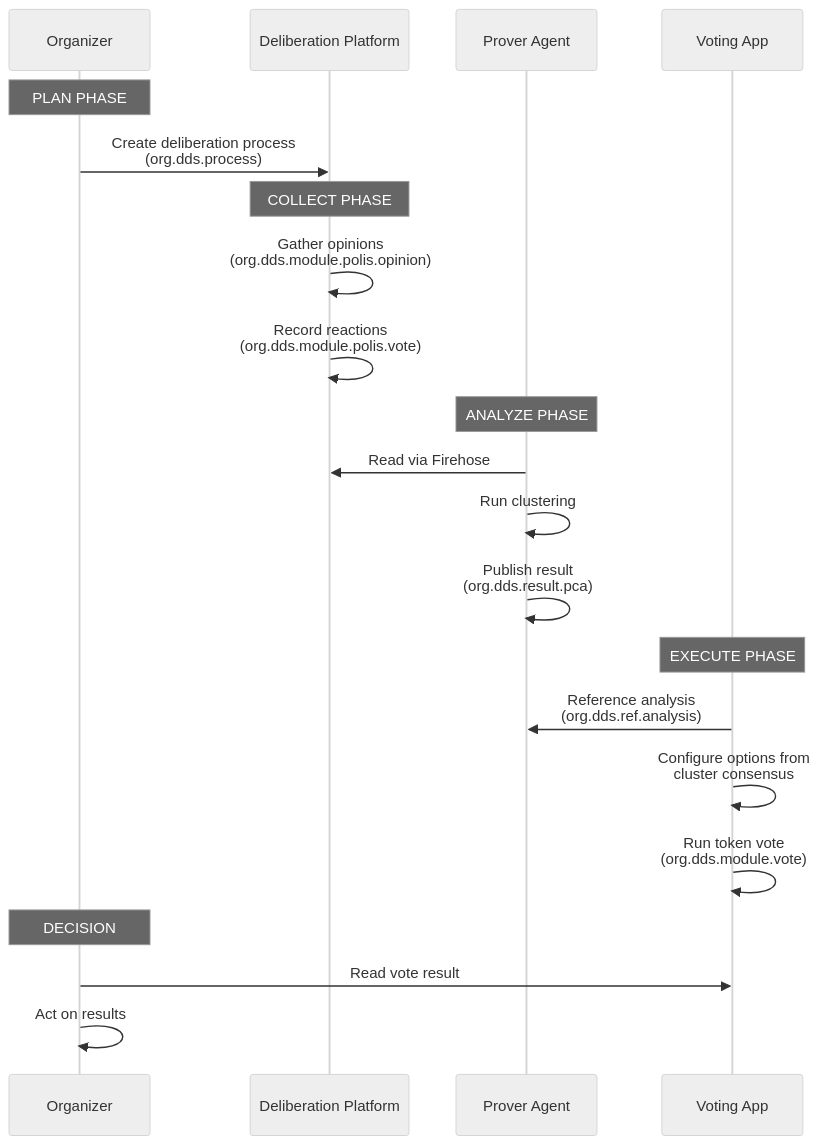
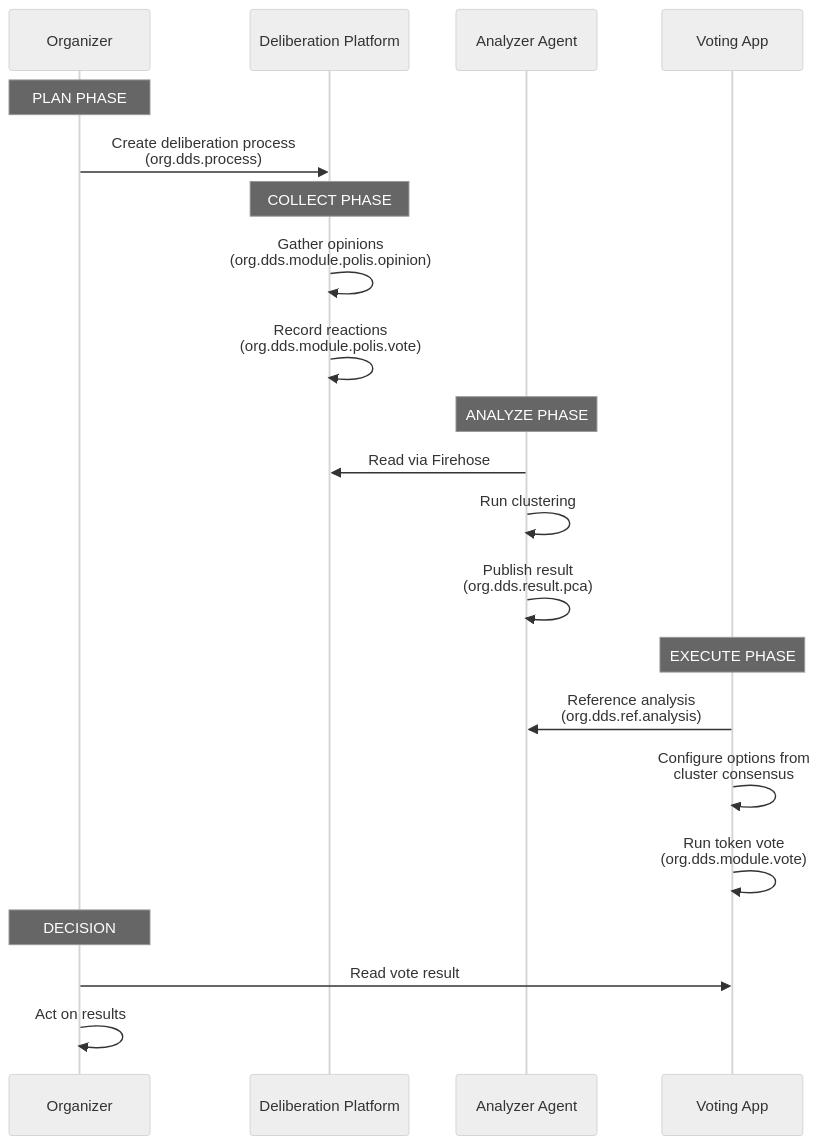
The second of 2 diagrams in doc/decentralized-protocol/0013-agora-atproto-walkaway.md (zkorum/agora), drawn with Mermaid (neutral theme) before and after one commit. The commit also changed other lines of this file and 1 other file, not shown here.

First line of the commit message:
docs(protocol): add result commitment, public social graph, and rename Prover to Analyzer

````diff
--- a/doc/decentralized-protocol/0013-agora-atproto-walkaway.md
+++ b/doc/decentralized-protocol/0013-agora-atproto-walkaway.md
@@ -197,28 +226,28 @@
 ```mermaid
 sequenceDiagram
     participant Org as Organizer
     participant Delib as Deliberation Platform
-    participant Prover as Prover Agent
+    participant Analyzer as Analyzer Agent
     participant Vote as Voting App
 
     Note over Org: PLAN PHASE
     Org->>Delib: Create deliberation process<br/>(org.dds.process)
 
     Note over Delib: COLLECT PHASE
     Delib->>Delib: Gather opinions<br/>(org.dds.module.polis.opinion)
     Delib->>Delib: Record reactions<br/>(org.dds.module.polis.vote)
 
-    Note over Prover: ANALYZE PHASE
-    Prover->>Delib: Read via Firehose
-    Prover->>Prover: Run clustering
-    Prover->>Prover: Publish result<br/>(org.dds.result.pca)
+    Note over Analyzer: ANALYZE PHASE
+    Analyzer->>Delib: Read via Firehose
+    Analyzer->>Analyzer: Run clustering
+    Analyzer->>Analyzer: Publish result<br/>(org.dds.result.pca)
 
     Note over Vote: EXECUTE PHASE
-    Vote->>Prover: Reference analysis<br/>(org.dds.ref.analysis)
+    Vote->>Analyzer: Reference analysis<br/>(org.dds.ref.analysis)
     Vote->>Vote: Configure options from<br/>cluster consensus
     Vote->>Vote: Run token vote<br/>(org.dds.module.vote)
 
     Note over Org: DECISION
     Org->>Vote: Read vote result
     Org->>Org: Act on results
 ```
````
